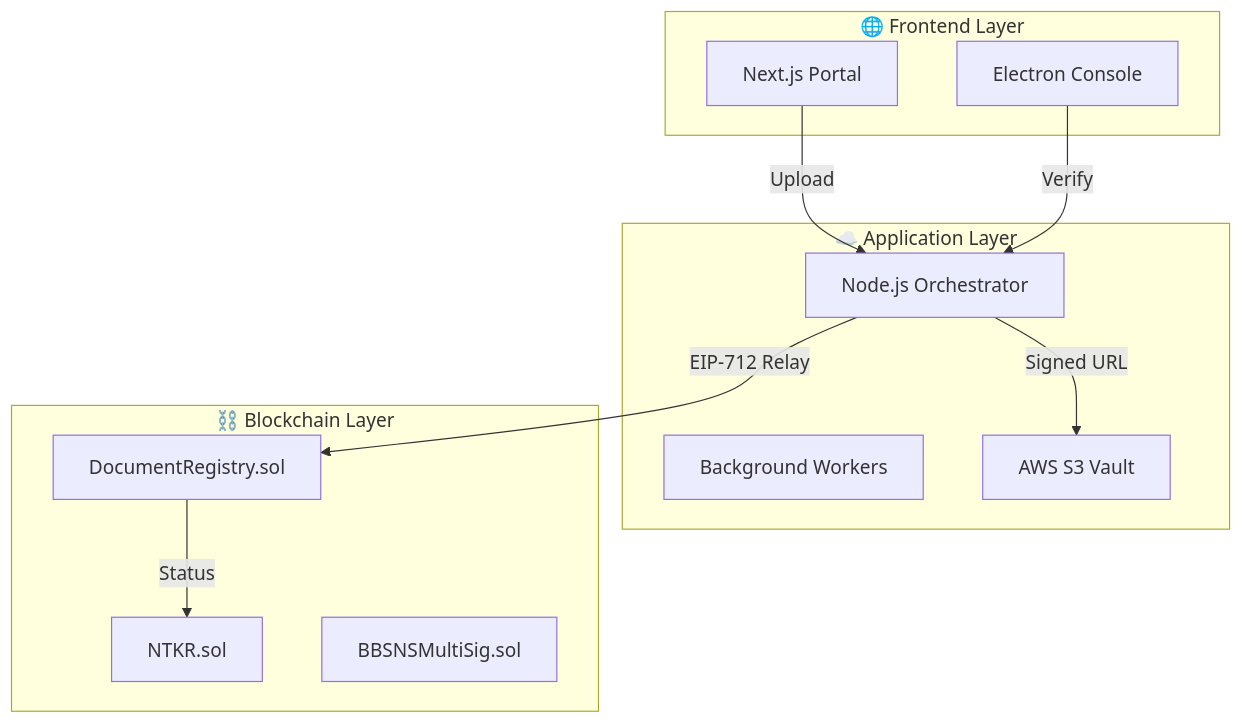
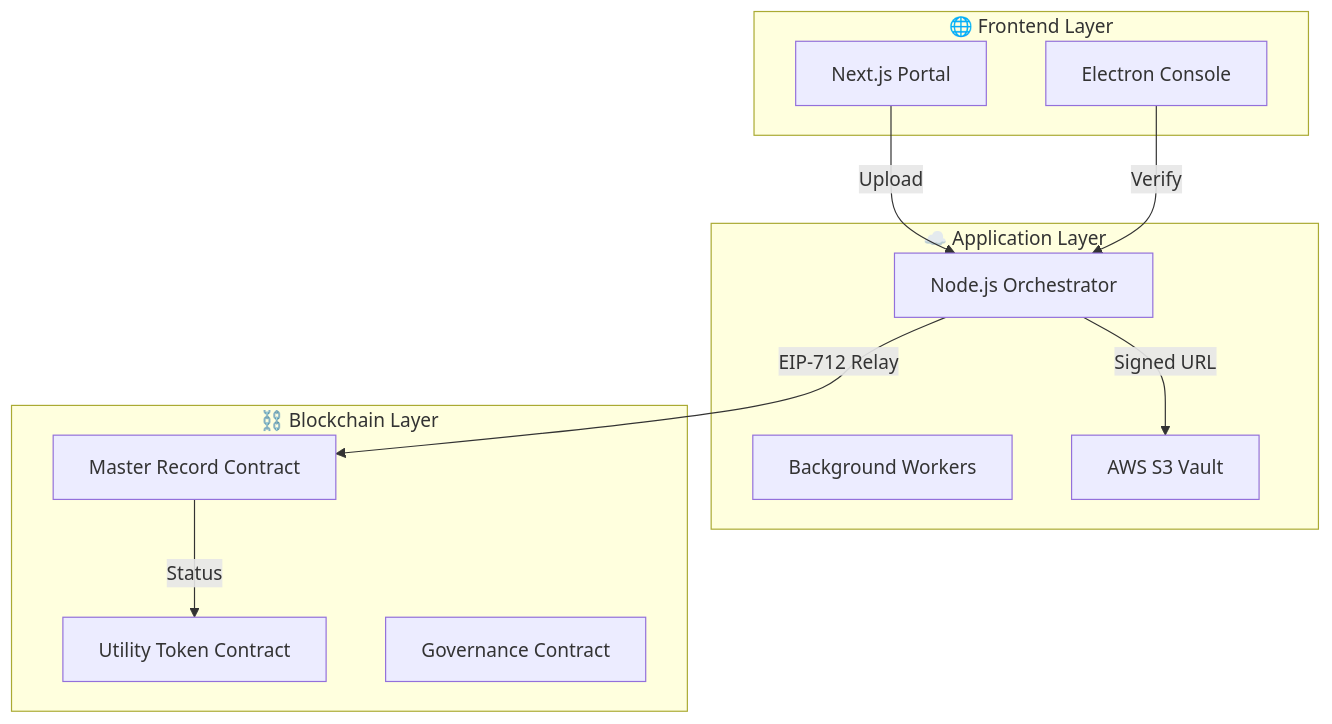
One commit to CoderShubhamMate/Block-Chain-Based-Secure-Notarization-System changed the first of 4 diagrams in README.md. Above: the diagram before and after it, drawn with Mermaid. The commit also changed other lines of this file, not shown here.

````diff
--- a/README.md
+++ b/README.md
@@ -30,22 +30,22 @@
 ```mermaid
 graph TD
     subgraph "🌐 Frontend Layer"
         Web[Next.js Portal]
         Desktop[Electron Console]
     end
     subgraph "☁️ Application Layer"
         API[Node.js Orchestrator]
         Workers[Background Workers]
         S3[AWS S3 Vault]
     end
     subgraph "⛓️ Blockchain Layer"
-        Registry[DocumentRegistry.sol]
-        NTKR[NTKR.sol]
-        MultiSig[BBSNSMultiSig.sol]
+        Registry[Master Record Contract]
+        NTKR[Utility Token Contract]
+        MultiSig[Governance Contract]
     end
     Web -->|Upload| API
     Desktop -->|Verify| API
     API -->|Signed URL| S3
     API -->|EIP-712 Relay| Registry
     Registry -->|Status| NTKR
 ```
````
